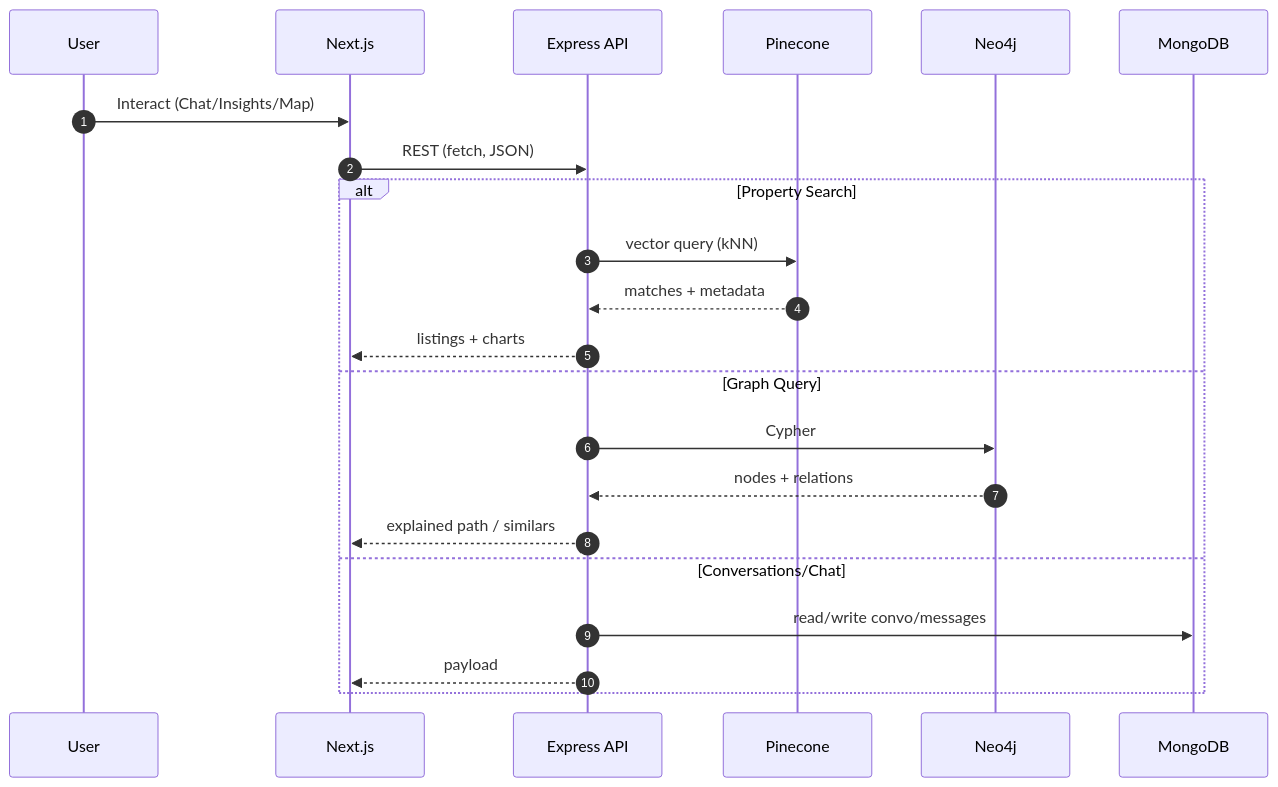
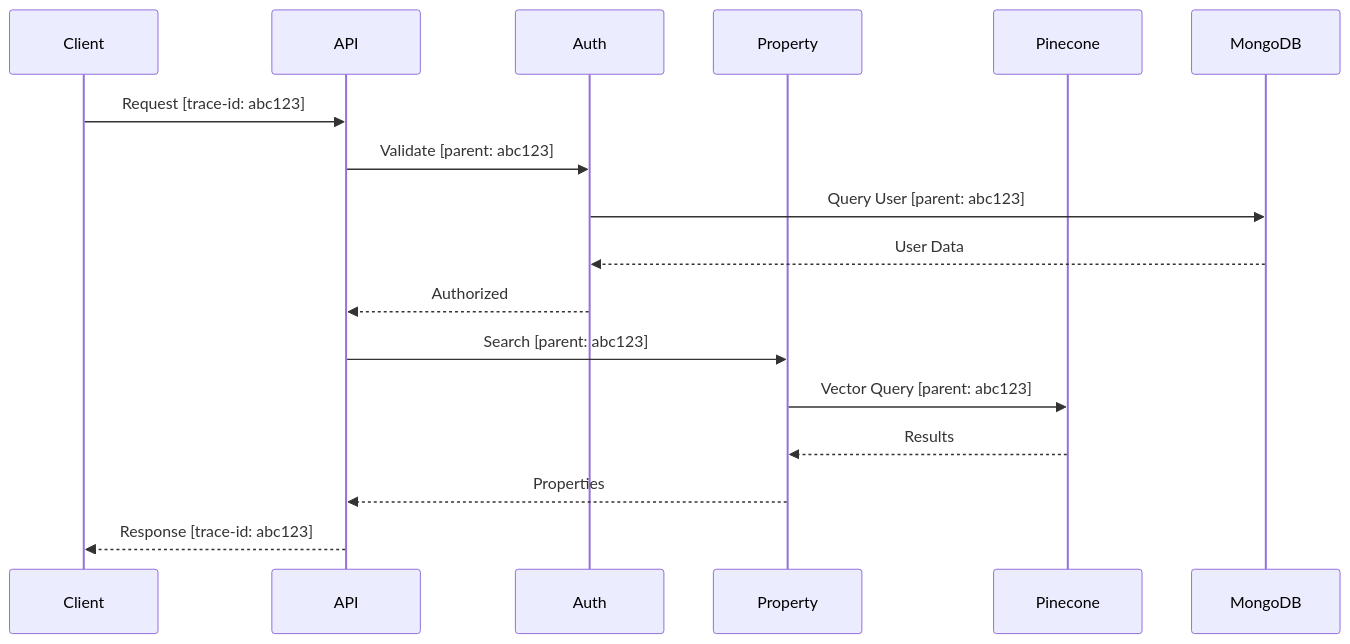
One commit to joonseolee/EstateWise-Chapel-Hill-Chatbot changed diagram 20 of 27 in ARCHITECTURE.md. Above: the diagram before and after it, drawn with Mermaid. The commit also changed other lines of this file and 2 other files, not shown here.

````diff
--- a/ARCHITECTURE.md
+++ b/ARCHITECTURE.md
@@ -405,25 +746,20 @@
 ```mermaid
 sequenceDiagram
-  autonumber
-  participant U as User
-  participant FE as Next.js
-  participant API as Express API
-  participant PC as Pinecone
-  participant N as Neo4j
-  participant DB as MongoDB
+  participant Client
+  participant API
+  participant Auth
+  participant Property
+  participant Pinecone
+  participant MongoDB
 
-  U->>FE: Interact (Chat/Insights/Map)
-  FE->>API: REST (fetch, JSON)
-  alt Property Search
-    API->>PC: vector query (kNN)
-    PC-->>API: matches + metadata
-    API-->>FE: listings + charts
-  else Graph Query
-    API->>N: Cypher
-    N-->>API: nodes + relations
-    API-->>FE: explained path / similars
-  else Conversations/Chat
-    API->>DB: read/write convo/messages
-    API-->>FE: payload
-  end
+  Client->>API: Request [trace-id: abc123]
+  API->>Auth: Validate [parent: abc123]
+  Auth->>MongoDB: Query User [parent: abc123]
+  MongoDB-->>Auth: User Data
+  Auth-->>API: Authorized
+  API->>Property: Search [parent: abc123]
+  Property->>Pinecone: Vector Query [parent: abc123]
+  Pinecone-->>Property: Results
+  Property-->>API: Properties
+  API-->>Client: Response [trace-id: abc123]
 ```
````
